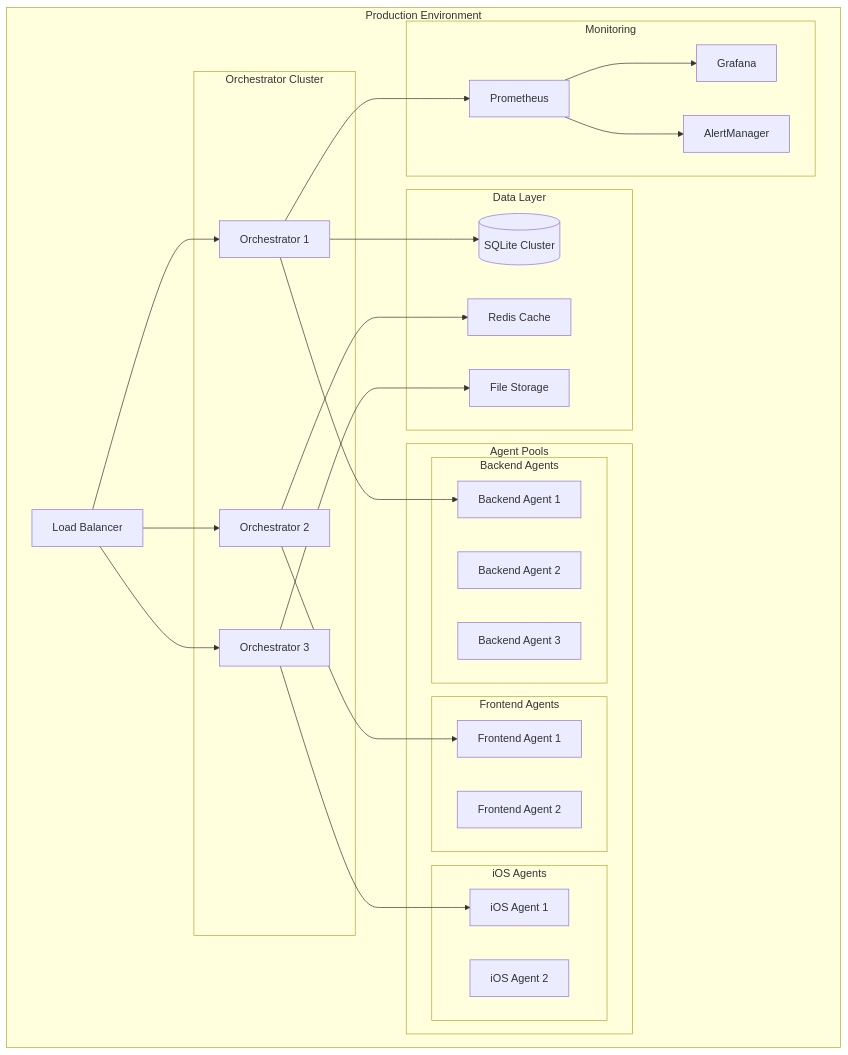
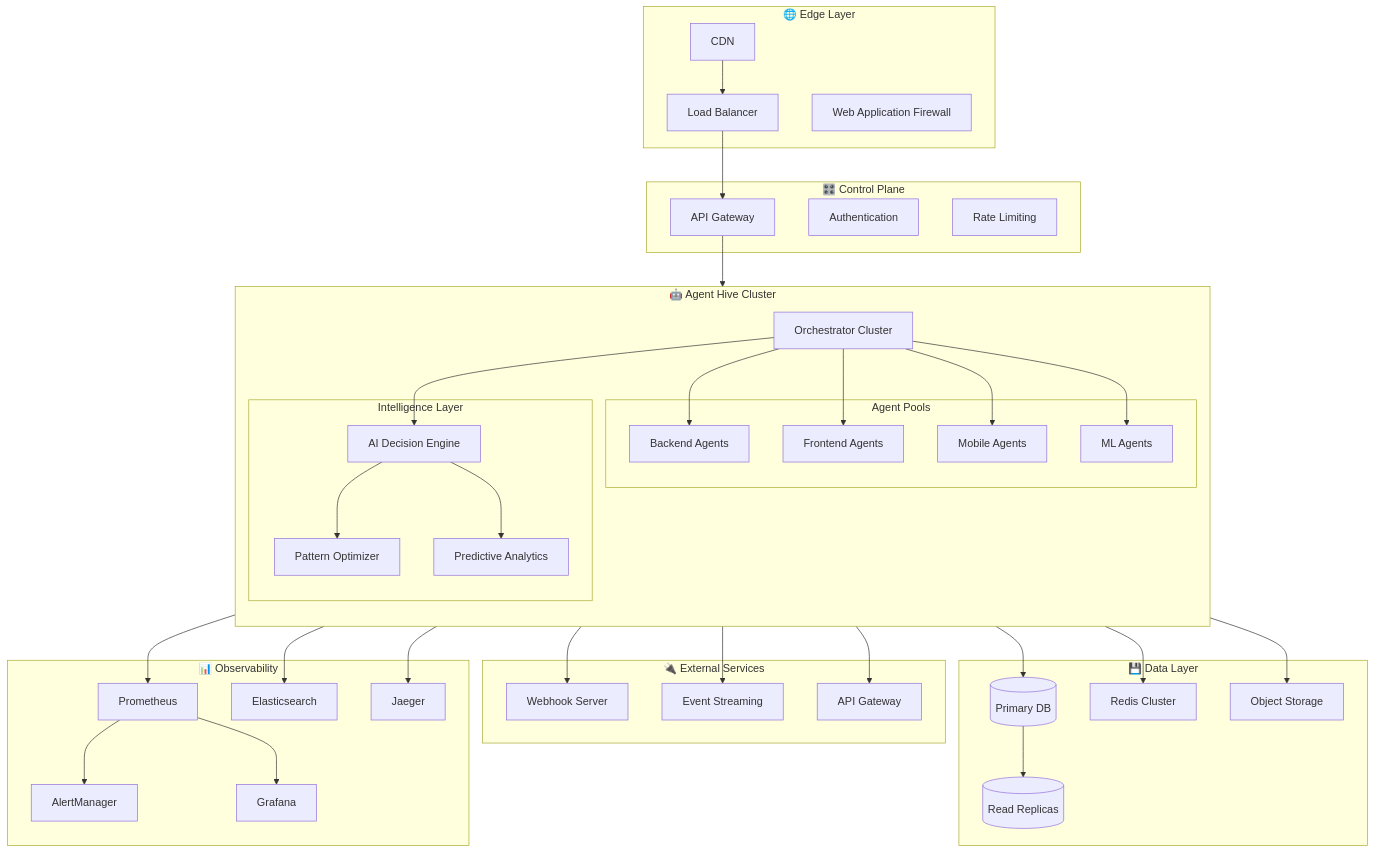
The second of 2 diagrams in DEPLOYMENT.md (LeanVibe/agent-hive), drawn with Mermaid before and after one commit. The commit also changed other lines of this file and 7 other files, not shown here.

````diff
--- a/DEPLOYMENT.md
+++ b/DEPLOYMENT.md
@@ -61,58 +114,81 @@
 ```mermaid
 graph TB
-    subgraph "Production Environment"
+    subgraph "🌐 Edge Layer"
         LB[Load Balancer]
+        CDN[CDN]
+        WAF[Web Application Firewall]
+    end
+    
+    subgraph "🎛️ Control Plane"
+        API[API Gateway]
+        AUTH[Authentication]
+        RATE[Rate Limiting]
+    end
+    
+    subgraph "🤖 Agent Hive Cluster"
+        direction TB
+        ORCH[Orchestrator Cluster]
         
-        subgraph "Orchestrator Cluster"
-            O1[Orchestrator 1]
-            O2[Orchestrator 2]
-            O3[Orchestrator 3]
+        subgraph "Agent Pools"
+            BACKEND[Backend Agents]
+            FRONTEND[Frontend Agents]
+            MOBILE[Mobile Agents]
+            ML[ML Agents]
         end
         
-        subgraph "Agent Pools"
-            subgraph "Backend Agents"
-                BA1[Backend Agent 1]
-                BA2[Backend Agent 2]
-                BA3[Backend Agent 3]
-            end
-            
-            subgraph "Frontend Agents"
-                FA1[Frontend Agent 1]
-                FA2[Frontend Agent 2]
-            end
-            
-            subgraph "iOS Agents"
-                IA1[iOS Agent 1]
-                IA2[iOS Agent 2]
-            end
+        subgraph "Intelligence Layer"
+            AI[AI Decision Engine]
+            PATTERN[Pattern Optimizer]
+            PREDICT[Predictive Analytics]
         end
-        
-        subgraph "Data Layer"
-            DB[(SQLite Cluster)]
-            FS[File Storage]
-            CACHE[Redis Cache]
-        end
-        
-        subgraph "Monitoring"
-            PROM[Prometheus]
-            GRAF[Grafana]
-            ALERT[AlertManager]
-        end
-        
-        LB --> O1
-        LB --> O2
-        LB --> O3
-        
-        O1 --> BA1
-        O2 --> FA1
-        O3 --> IA1
-        
-        O1 --> DB
-        O2 --> CACHE
-        O3 --> FS
-        
-        O1 --> PROM
-        PROM --> GRAF
-        PROM --> ALERT
     end
+    
+    subgraph "🔌 External Services"
+        WEBHOOK[Webhook Server]
+        STREAM[Event Streaming]
+        GATEWAY[API Gateway]
+    end
+    
+    subgraph "💾 Data Layer"
+        PRIMARY[(Primary DB)]
+        REPLICA[(Read Replicas)]
+        CACHE[Redis Cluster]
+        STORAGE[Object Storage]
+    end
+    
+    subgraph "📊 Observability"
+        METRICS[Prometheus]
+        LOGS[Elasticsearch]
+        TRACES[Jaeger]
+        ALERTS[AlertManager]
+        DASH[Grafana]
+    end
+    
+    CDN --> LB
+    LB --> API
+    API --> ORCH
+    
+    ORCH --> BACKEND
+    ORCH --> FRONTEND
+    ORCH --> MOBILE
+    ORCH --> ML
+    
+    ORCH --> AI
+    AI --> PATTERN
+    AI --> PREDICT
+    
+    ORCH --> WEBHOOK
+    ORCH --> STREAM
+    ORCH --> GATEWAY
+    
+    ORCH --> PRIMARY
+    PRIMARY --> REPLICA
+    ORCH --> CACHE
+    ORCH --> STORAGE
+    
+    ORCH --> METRICS
+    ORCH --> LOGS
+    ORCH --> TRACES
+    METRICS --> ALERTS
+    METRICS --> DASH
 ```
````
